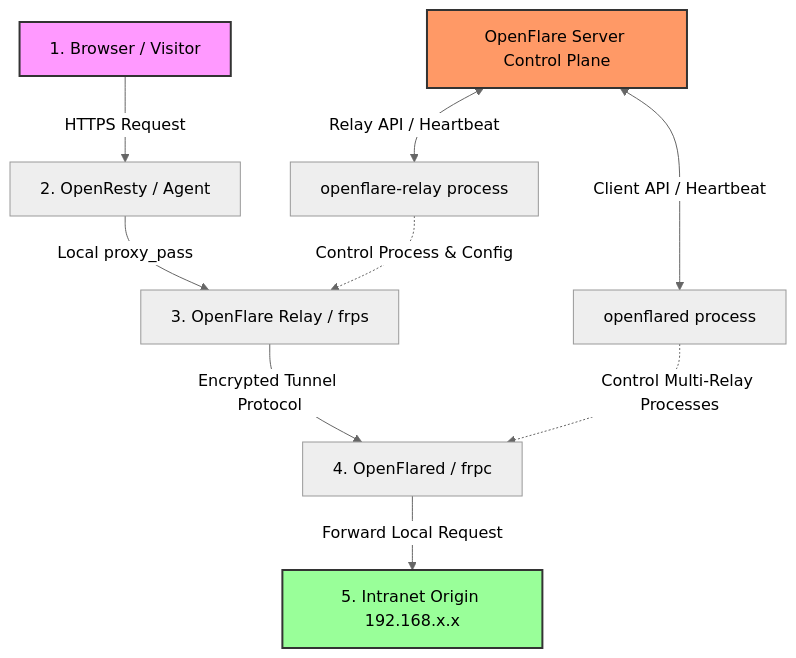
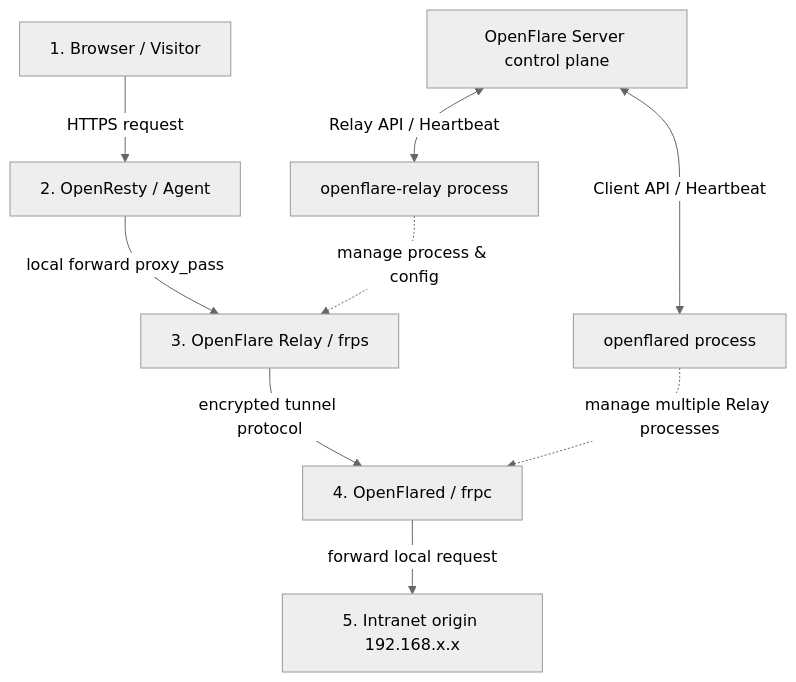
One commit to Rain-kl/OpenFlare changed the diagram in docs/en/design/tunnel-design.md. Above: the diagram before and after it, drawn with Mermaid (neutral theme). The commit also changed other lines of this file and 23 other files, not shown here.

````diff
--- a/docs/en/design/tunnel-design.md
+++ b/docs/en/design/tunnel-design.md
@@ -34,19 +34,15 @@
 ```mermaid
 graph TD
-    %% Data Flow
-    Browser[1. Browser / Visitor] -->|HTTPS Request| Agent[2. OpenResty / Agent]
-    Agent -->|Local proxy_pass| RelayFrps[3. OpenFlare Relay / frps]
-    RelayFrps -->|Encrypted Tunnel Protocol| FlaredFrpc[4. OpenFlared / frpc]
-    FlaredFrpc -->|Forward Local Request| LocalOrigin[5. Intranet Origin 192.168.x.x]
+    %% data flow
+    Browser[1. Browser / Visitor] -->|HTTPS request| Agent[2. OpenResty / Agent]
+    Agent -->|local forward proxy_pass| RelayFrps[3. OpenFlare Relay / frps]
+    RelayFrps -->|encrypted tunnel protocol| FlaredFrpc[4. OpenFlared / frpc]
+    FlaredFrpc -->|forward local request| LocalOrigin[5. Intranet origin 192.168.x.x]
 
-    %% Control Flow & Heartbeats
-    Server[OpenFlare Server Control Plane] <-->|Relay API / Heartbeat| RelayManager[openflare-relay process]
+    %% control flow & heartbeat
+    Server[OpenFlare Server control plane] <-->|Relay API / Heartbeat| RelayManager[openflare-relay process]
     Server <-->|Client API / Heartbeat| ClientManager[openflared process]
 
-    RelayManager -.->|Control Process & Config| RelayFrps
-    ClientManager -.->|Control Multi-Relay Processes| FlaredFrpc
-
-    style Browser fill:#f9f,stroke:#333,stroke-width:2px
-    style LocalOrigin fill:#9f9,stroke:#333,stroke-width:2px
-    style Server fill:#f96,stroke:#333,stroke-width:2px
+    RelayManager -.->|manage process & config| RelayFrps
+    ClientManager -.->|manage multiple Relay processes| FlaredFrpc
 ```
````
